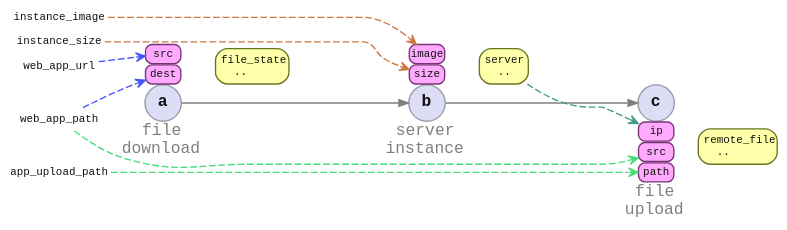
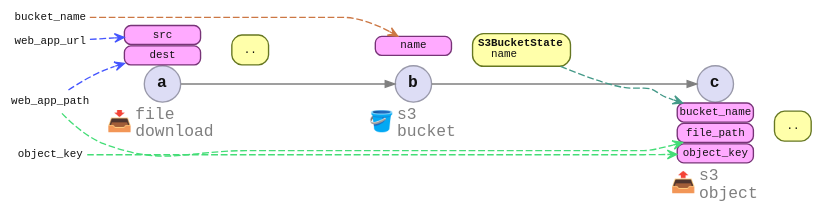
Before and after one commit to azriel91/peace: the diagram in doc/src/learning_material/empathetic_code_design/parameters_recall.md, drawn with Graphviz. The commit also changed other lines of this file and 18 other files, not shown here.

````diff
--- a/doc/src/learning_material/empathetic_code_design/parameters_recall.md
+++ b/doc/src/learning_material/empathetic_code_design/parameters_recall.md
@@ -33,14 +46,17 @@
 
     subgraph cluster_a {
         a [label = <<b>a</b>>]
-        a_text [shape="plain" style="" fontcolor="#7f7f7f" label = <file<br/>download>]
+        a_text [shape="plain" style="" fontcolor="#7f7f7f" label = <<table border="0" cellborder="0" cellpadding="0"><tr>
+            <td><font point-size="15">📥</font></td>
+            <td balign="left">file<br/>download</td>
+        </tr></table>>]
 
         subgraph cluster_a_params {
             a_params_src [
                 label     = "src"
                 margin    = 0.0
                 fontsize  = 8
-                width     = 0.36
+                width     = 0.78
                 height    = 0.19
                 shape     = "rectangle"
                 style     = "filled,rounded"
@@ -52,7 +68,7 @@
                 label     = "dest"
                 margin    = 0.0
                 fontsize  = 8
-                width     = 0.36
+                width     = 0.78
                 height    = 0.19
                 shape     = "rectangle"
                 style     = "filled,rounded"
@@ -61,7 +77,7 @@
             ]
 
             a_state [
-                label     = <file_state<br align="left"/>&nbsp;&nbsp;..<br align="left"/>>
+                label     = <&nbsp;..&nbsp;<br align="left"/>>
                 margin    = 0.05
                 fontsize  = 8
                 shape     = "rectangle"
@@ -79,26 +95,17 @@
 
     subgraph cluster_b {
         b [label = <<b>b</b>>]
-        b_text [shape="plain" style="" fontcolor="#7f7f7f" label = <server<br/>instance>]
+        b_text [shape="plain" style="" fontcolor="#7f7f7f" label = <<table border="0" cellborder="0" cellpadding="0"><tr>
+            <td><font point-size="15">🪣</font></td>
+            <td balign="left">s3<br/>bucket</td>
+        </tr></table>>]
 
         subgraph cluster_b_params {
-            b_params_image [
-                label     = "image"
+            b_params_name [
+                label     = "name"
                 margin    = 0.0
                 fontsize  = 8
-                width     = 0.36
-                height    = 0.19
-                shape     = "rectangle"
-                style     = "filled,rounded"
-                fillcolor = "#ffaaff"
-                color     = "#773377"
-            ]
-
-            b_params_size [
-                label     = "size"
-                margin    = 0.0
-                fontsize  = 8
-                width     = 0.36
+                width     = 0.78
                 height    = 0.19
                 shape     = "rectangle"
                 style     = "filled,rounded"
@@ -107,7 +114,7 @@
             ]
 
             b_state [
-                label     = <server<br align="left"/>&nbsp;&nbsp;..<br align="left"/>>
+                label     = <<b>S3BucketState</b>&nbsp;<br align="left"/>&nbsp;&nbsp;name<br align="left"/>>
                 margin    = 0.05
                 fontsize  = 8
                 shape     = "rectangle"
@@ -117,21 +124,23 @@
             ]
         }
 
-        b_params_image -> b_state [style = invis]
-        b_params_size -> b_state [style = invis]
+        b_params_name -> b_state [style = invis]
         b -> b_state [style = invis]
     }
 
     subgraph cluster_c {
         c [label = <<b>c</b>>]
-        c_text [shape="plain" style="" fontcolor="#7f7f7f" label = <file<br/>upload>]
+        c_text [shape="plain" style="" fontcolor="#7f7f7f" label = <<table border="0" cellborder="0" cellpadding="0"><tr>
+            <td><font point-size="15">📤</font></td>
+            <td balign="left">s3<br/>object</td>
+        </tr></table>>]
 
         subgraph cluster_c_params {
-            c_params_src_path [
-                label     = "src"
+            c_params_file_path [
+                label     = "file_path"
                 margin    = 0.0
                 fontsize  = 8
-                width     = 0.36
+                width     = 0.78
                 height    = 0.19
                 shape     = "rectangle"
                 style     = "filled,rounded"
@@ -139,11 +148,11 @@
                 color     = "#773377"
             ]
 
-            c_params_dest_ip [
-                label     = "ip"
+            c_params_bucket_name [
+                label     = "bucket_name"
                 margin    = 0.0
                 fontsize  = 8
-                width     = 0.36
+                width     = 0.78
                 height    = 0.19
                 shape     = "rectangle"
                 style     = "filled,rounded"
@@ -151,11 +160,11 @@
                 color     = "#773377"
             ]
 
-            c_params_dest_path [
-                label     = "path"
+            c_params_object_key [
+                label     = "object_key"
                 margin    = 0.0
                 fontsize  = 8
-                width     = 0.36
+                width     = 0.78
                 height    = 0.19
                 shape     = "rectangle"
                 style     = "filled,rounded"
@@ -164,7 +173,7 @@
             ]
 
             c_state [
-                label     = <remote_file<br align="left"/>&nbsp;&nbsp;..<br align="left"/>>
+                label     = <&nbsp;..&nbsp;<br align="left"/>>
                 margin    = 0.05
                 fontsize  = 8
                 shape     = "rectangle"
@@ -174,9 +183,9 @@
             ]
         }
 
-        c_params_src_path -> c_state [style = invis]
-        c_params_dest_ip -> c_state [style = invis]
-        c_params_dest_path -> c_state [style = invis]
+        c_params_file_path -> c_state [style = invis]
+        c_params_bucket_name -> c_state [style = invis]
+        c_params_object_key -> c_state [style = invis]
         c -> c_state [style = invis]
     }
 
@@ -191,7 +200,7 @@
             shape    = none
             fontsize = 8
             margin   = 0.05
-            height   = 0.1
+            height    = 0.1
             style    = ""
         ]
         edge [
@@ -202,9 +211,8 @@
 
         web_app_url;
         web_app_path;
-        instance_image;
-        instance_size;
-        app_upload_path;
+        bucket_name;
+        object_key;
 
         web_app_url -> a_params_src [constraint = true]
         web_app_path -> a_params_dest [constraint = true]
@@ -213,19 +221,18 @@
             edge [
                 color     = "#cc7744"
             ]
-            instance_image -> b_params_image [constraint = true, minlen = 10]
-            instance_size -> b_params_size [constraint = true, minlen = 10]
+            bucket_name -> b_params_name [constraint = true, minlen = 10]
         }
 
         {
             edge [
                 color     = "#449988"
             ]
-            a_state -> c_params_src_path [constraint = false, style = invis]
-            b_state -> c_params_dest_ip [constraint = true]
+            a_state -> c_params_file_path [constraint = false, style = invis]
+            b_state -> c_params_bucket_name [constraint = true]
         }
-        web_app_path -> c_params_src_path [constraint = true, color = "#44dd77", minlen = 19]
-        app_upload_path -> c_params_dest_path [constraint = true, color = "#44dd77", minlen = 19]
+        web_app_path -> c_params_file_path [constraint = true, color = "#44dd77", minlen = 19]
+        object_key -> c_params_object_key [constraint = true, color = "#44dd77", minlen = 19]
     }
 }
 ```
````
